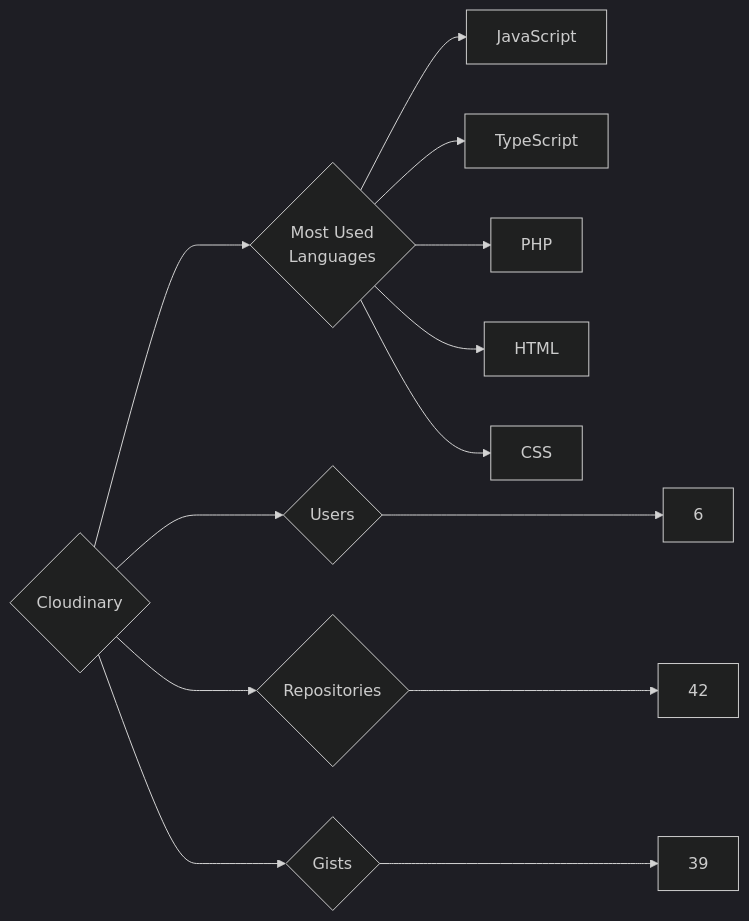
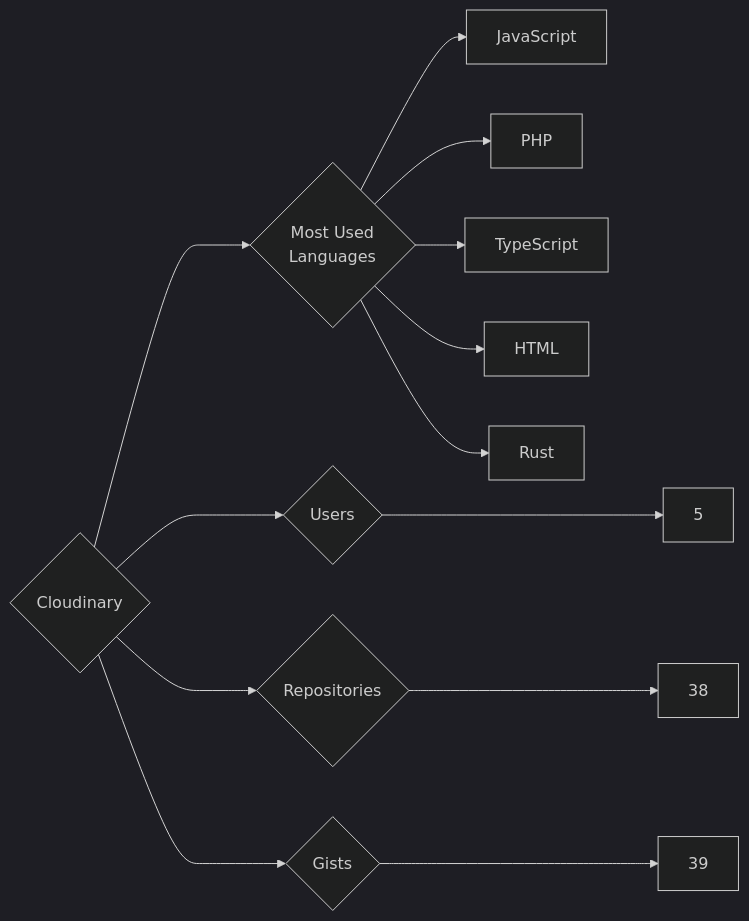
One commit to trickest/insiders changed the diagram in targets/Cloudinary/README.md. Above: the diagram before and after it, drawn with Mermaid (dark theme). The commit also changed 693 other files, not shown here.

````diff
--- a/targets/Cloudinary/README.md
+++ b/targets/Cloudinary/README.md
@@ -3,13 +3,13 @@
 ```mermaid
 graph LR
 COMPANY_NAME{Cloudinary}
-COMPANY_NAME ---> U{Users} ---> UN[6]
-COMPANY_NAME ---> R{Repositories} ---> RN[42]
+COMPANY_NAME ---> U{Users} ---> UN[5]
+COMPANY_NAME ---> R{Repositories} ---> RN[38]
 COMPANY_NAME ---> G{Gists} ---> GN[39]
 COMPANY_NAME ---> ML{Most Used<br>Languages}
 ML --> JavaScript[JavaScript]
+ML --> PHP[PHP]
 ML --> TypeScript[TypeScript]
-ML --> PHP[PHP]
 ML --> HTML[HTML]
-ML --> CSS[CSS]
+ML --> Rust[Rust]
 ```
````
